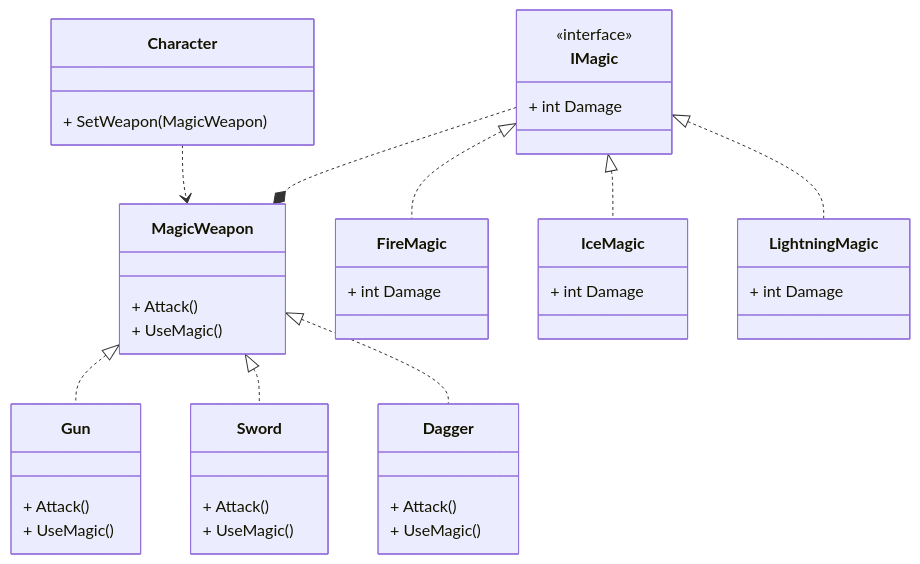
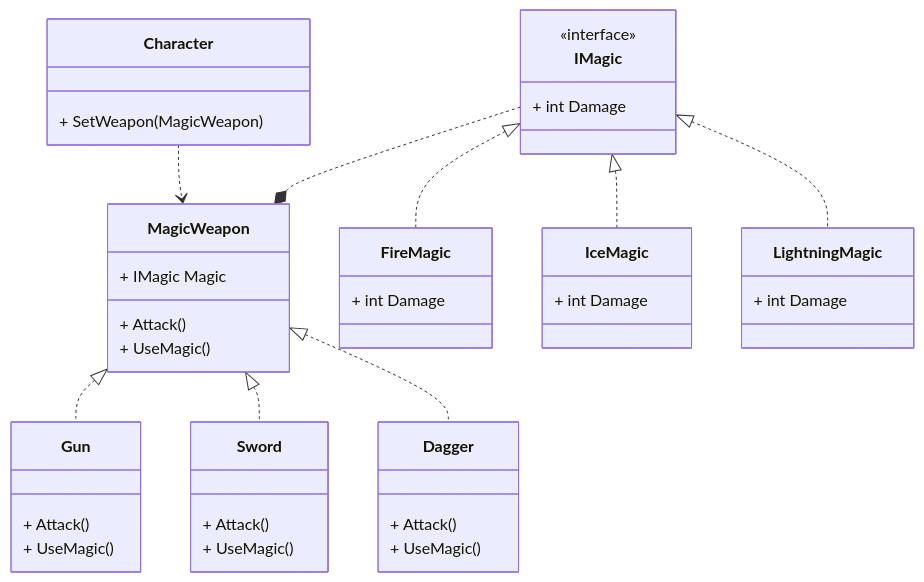
One commit to CollapseNav/CollapseNav.Net.Tool-Doc changed the diagram in other/knowledge/Design/7-Bridge.mdx. Above: the diagram before and after it, drawn with Mermaid. The commit also changed other lines of this file, not shown here.

````diff
--- a/other/knowledge/Design/7-Bridge.mdx
+++ b/other/knowledge/Design/7-Bridge.mdx
@@ -20,44 +20,45 @@
 ```mermaid
 classDiagram
 
 class Character{
     + SetWeapon(MagicWeapon)
 }
 class MagicWeapon{
+    + IMagic Magic
     + Attack()
     + UseMagic()
 }
 class IMagic{
     <<interface>>
     + int Damage
 }
 class FireMagic{
     + int Damage
 }
 class IceMagic{
     + int Damage
 }
 class LightningMagic{
     + int Damage
 }
 class Sword{
     + Attack()
     + UseMagic()
 }
 class Gun{
     + Attack()
     + UseMagic()
 }
 class Dagger{
     + Attack()
     + UseMagic()
 }
 Character ..> MagicWeapon
 IMagic <|.. FireMagic
 IMagic <|.. IceMagic
 IMagic <|.. LightningMagic
 IMagic ..* MagicWeapon
 MagicWeapon <|.. Gun
 MagicWeapon <|.. Sword
 MagicWeapon <|.. Dagger
 ```
````
